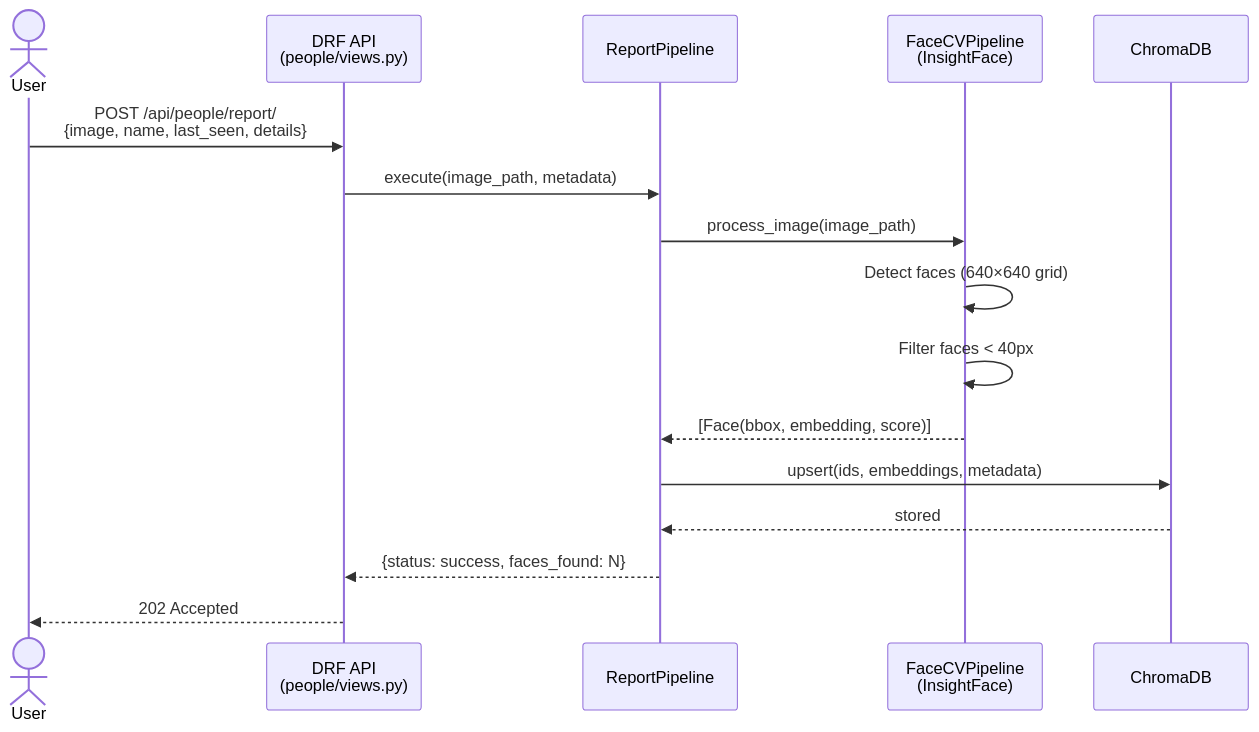
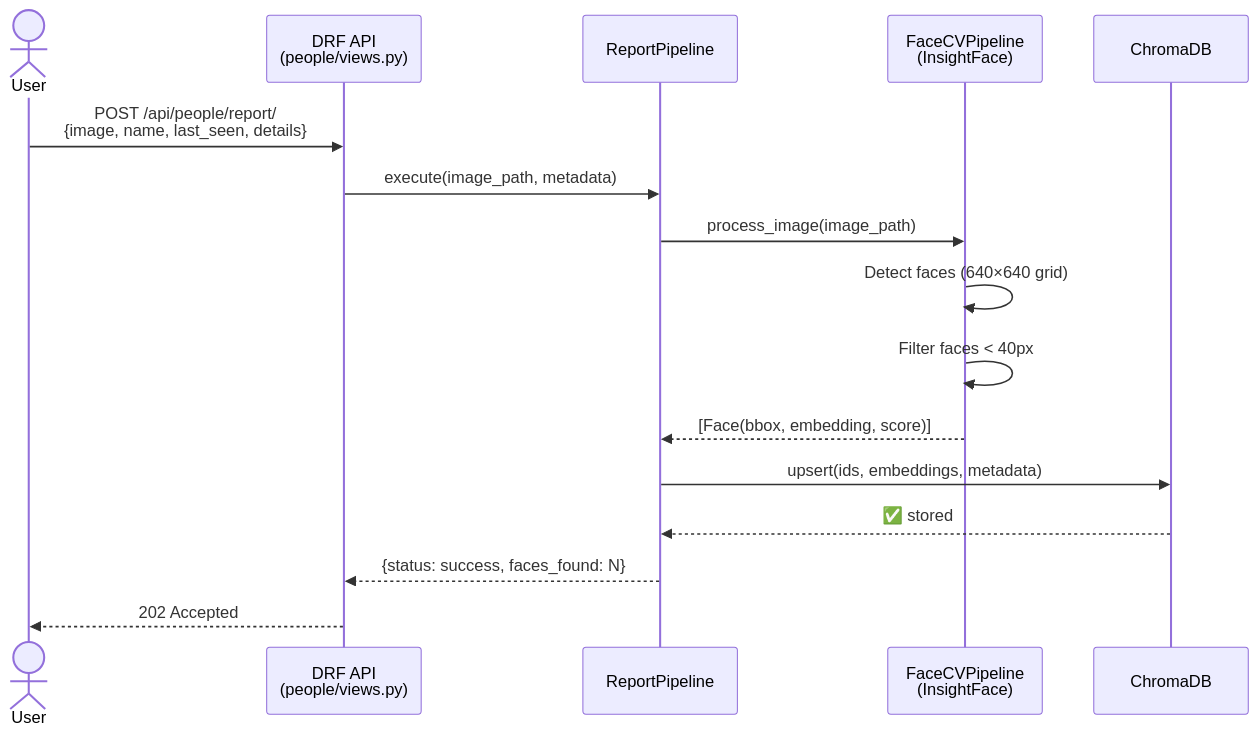
Before and after one commit to blackeagle686/mafqood-ai: the second of 4 diagrams in README.md, drawn with Mermaid. The commit also changed other lines of this file, not shown here.

````diff
--- a/README.md
+++ b/README.md
@@ -142,19 +142,19 @@
 ```mermaid
 sequenceDiagram
     actor User
     participant API as DRF API<br/>(people/views.py)
     participant RP as ReportPipeline
     participant CV as FaceCVPipeline<br/>(InsightFace)
     participant VDB as ChromaDB
-
+ 
     User->>API: POST /api/people/report/<br/>{image, name, last_seen, details}
     API->>RP: execute(image_path, metadata)
     RP->>CV: process_image(image_path)
     CV->>CV: Detect faces (640×640 grid)
     CV->>CV: Filter faces < 40px
     CV-->>RP: [Face(bbox, embedding, score)]
     RP->>VDB: upsert(ids, embeddings, metadata)
-    VDB-->>RP: stored
+    VDB-->>RP: ✅ stored
     RP-->>API: {status: success, faces_found: N}
     API-->>User: 202 Accepted
 ```
````
